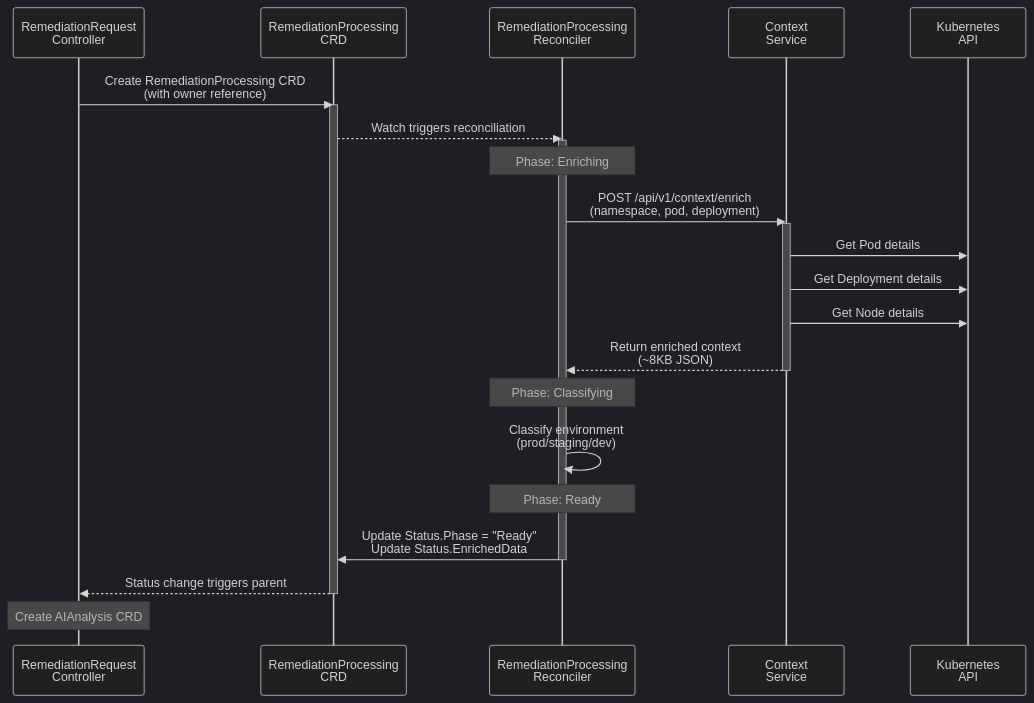
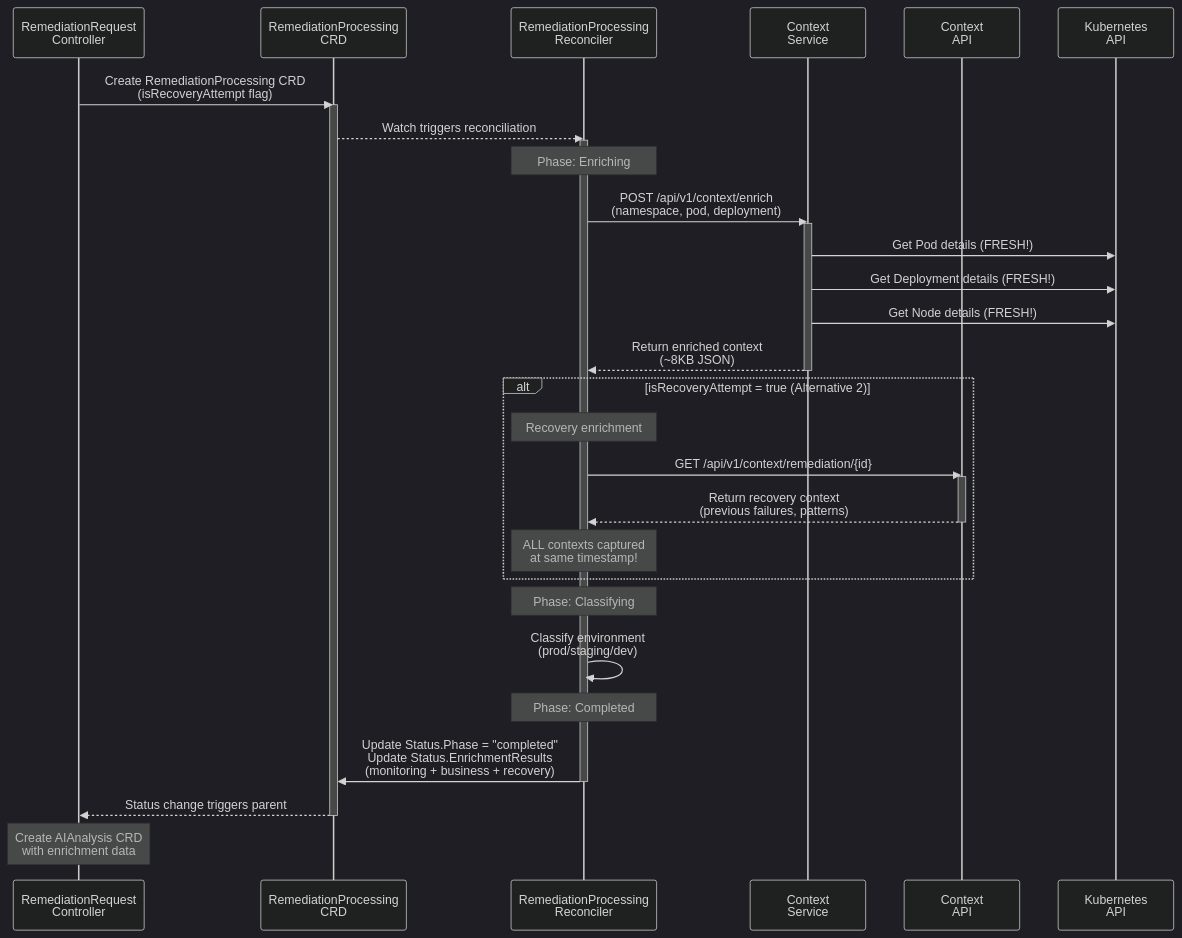
Before and after one commit to jordigilh/kubernaut: the second of 3 diagrams in docs/services/crd-controllers/01-remediationprocessor/overview.md, drawn with Mermaid (dark theme). The commit also changed other lines of this file and 9 other files, not shown here.

````diff
--- a/docs/services/crd-controllers/01-remediationprocessor/overview.md
+++ b/docs/services/crd-controllers/01-remediationprocessor/overview.md
@@ -155,33 +168,43 @@
 ```mermaid
 sequenceDiagram
     participant AR as RemediationRequest<br/>Controller
     participant AP as RemediationProcessing<br/>CRD
     participant Ctrl as RemediationProcessing<br/>Reconciler
     participant CS as Context<br/>Service
+    participant CTXAPI as Context<br/>API
     participant K8S as Kubernetes<br/>API
 
-    AR->>AP: Create RemediationProcessing CRD<br/>(with owner reference)
+    AR->>AP: Create RemediationProcessing CRD<br/>(isRecoveryAttempt flag)
     activate AP
     AP-->>Ctrl: Watch triggers reconciliation
     activate Ctrl
 
     Note over Ctrl: Phase: Enriching
     Ctrl->>CS: POST /api/v1/context/enrich<br/>(namespace, pod, deployment)
     activate CS
-    CS->>K8S: Get Pod details
-    CS->>K8S: Get Deployment details
-    CS->>K8S: Get Node details
+    CS->>K8S: Get Pod details (FRESH!)
+    CS->>K8S: Get Deployment details (FRESH!)
+    CS->>K8S: Get Node details (FRESH!)
     CS-->>Ctrl: Return enriched context<br/>(~8KB JSON)
     deactivate CS
+
+    alt isRecoveryAttempt = true (Alternative 2)
+        Note over Ctrl: Recovery enrichment
+        Ctrl->>CTXAPI: GET /api/v1/context/remediation/{id}
+        activate CTXAPI
+        CTXAPI-->>Ctrl: Return recovery context<br/>(previous failures, patterns)
+        deactivate CTXAPI
+        Note over Ctrl: ALL contexts captured<br/>at same timestamp!
+    end
 
     Note over Ctrl: Phase: Classifying
     Ctrl->>Ctrl: Classify environment<br/>(prod/staging/dev)
 
-    Note over Ctrl: Phase: Ready
-    Ctrl->>AP: Update Status.Phase = "Ready"<br/>Update Status.EnrichedData
+    Note over Ctrl: Phase: Completed
+    Ctrl->>AP: Update Status.Phase = "completed"<br/>Update Status.EnrichmentResults<br/>(monitoring + business + recovery)
     deactivate Ctrl
     AP-->>AR: Status change triggers parent
     deactivate AP
 
-    Note over AR: Create AIAnalysis CRD
+    Note over AR: Create AIAnalysis CRD<br/>with enrichment data
 ```
````
